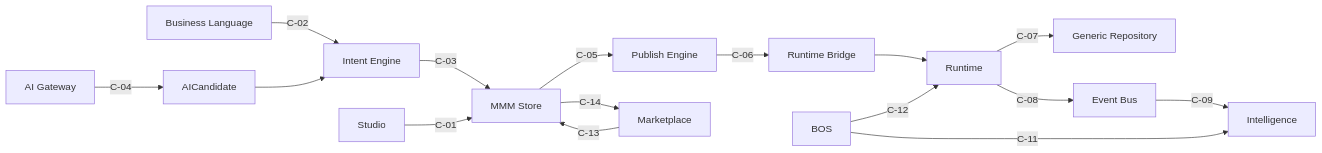
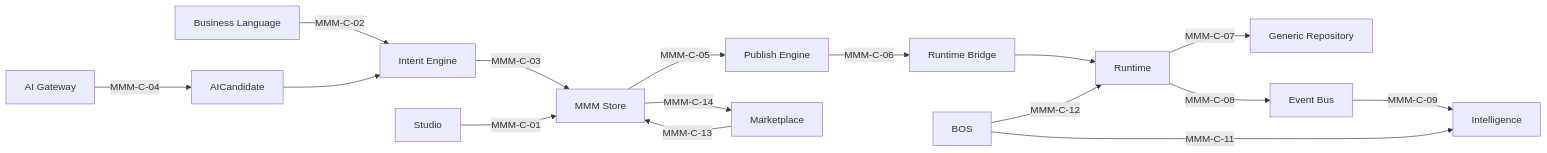
The diagram in docs/meta-model/CONTRACTS.md (maikelimaadm-stack/PROJETOMG), drawn with Mermaid before and after one commit. The commit also changed other lines of this file and 52 other files, not shown here.

First line of the commit message:
docs: Foundation C.0.2 — SSOT remediation + Global Architecture Certificate

````diff
--- a/docs/meta-model/CONTRACTS.md
+++ b/docs/meta-model/CONTRACTS.md
@@ -180,18 +182,18 @@
 ```mermaid
 flowchart LR
-  BL[Business Language] -->|C-02| IR[Intent Engine]
-  AI[AI Gateway] -->|C-04| AC[AICandidate]
+  BL[Business Language] -->|MMM-C-02| IR[Intent Engine]
+  AI[AI Gateway] -->|MMM-C-04| AC[AICandidate]
   AC --> IR
-  IR -->|C-03| MMM[MMM Store]
-  ST[Studio] -->|C-01| MMM
-  MMM -->|C-05| PE[Publish Engine]
-  PE -->|C-06| RB[Runtime Bridge]
+  IR -->|MMM-C-03| MMM[MMM Store]
+  ST[Studio] -->|MMM-C-01| MMM
+  MMM -->|MMM-C-05| PE[Publish Engine]
+  PE -->|MMM-C-06| RB[Runtime Bridge]
   RB --> RT[Runtime]
-  RT -->|C-07| GR[Generic Repository]
-  RT -->|C-08| EB[Event Bus]
-  EB -->|C-09| INT[Intelligence]
-  BOS -->|C-11| INT
-  BOS -->|C-12| RT
-  MMM -->|C-14| MKP[Marketplace]
-  MKP -->|C-13| MMM
+  RT -->|MMM-C-07| GR[Generic Repository]
+  RT -->|MMM-C-08| EB[Event Bus]
+  EB -->|MMM-C-09| INT[Intelligence]
+  BOS -->|MMM-C-11| INT
+  BOS -->|MMM-C-12| RT
+  MMM -->|MMM-C-14| MKP[Marketplace]
+  MKP -->|MMM-C-13| MMM
 ```
````
